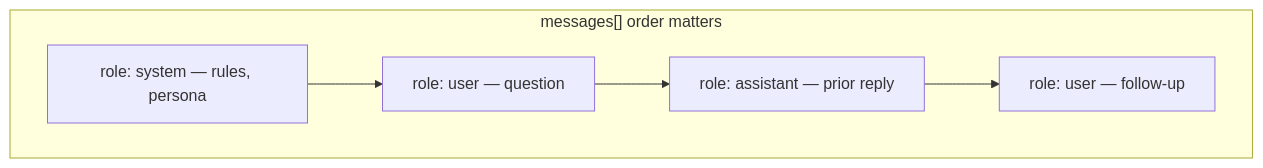
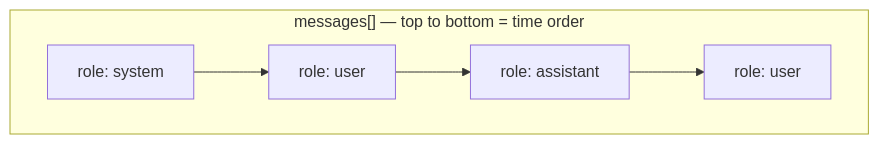
The second of 5 diagrams in AI/AI Development/modules/01-llm-apis/MODULE.md (codevoks/Learning), drawn with Mermaid before and after one commit. The commit also changed other lines of this file and 32 other files, not shown here.

````diff
--- a/AI/AI Development/modules/01-llm-apis/MODULE.md
+++ b/AI/AI Development/modules/01-llm-apis/MODULE.md
@@ -122,10 +343,10 @@
 ```mermaid
 flowchart TB
-    subgraph messages["messages[] order matters"]
-        S["role: system — rules, persona"]
-        U1["role: user — question"]
-        A1["role: assistant — prior reply"]
-        U2["role: user — follow-up"]
+    subgraph messages["messages[] — top to bottom = time order"]
+        S["role: system"]
+        U1["role: user"]
+        A1["role: assistant"]
+        U2["role: user"]
     end
     S --> U1 --> A1 --> U2
 ```
````
